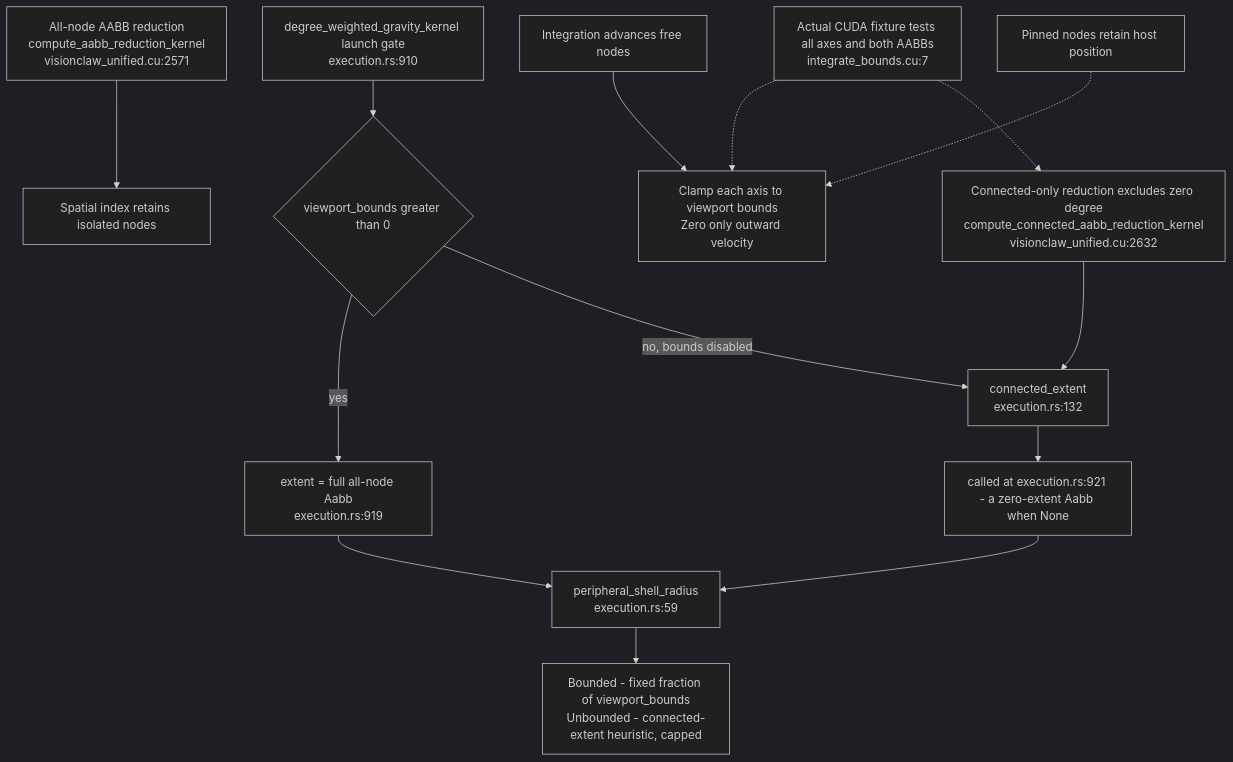
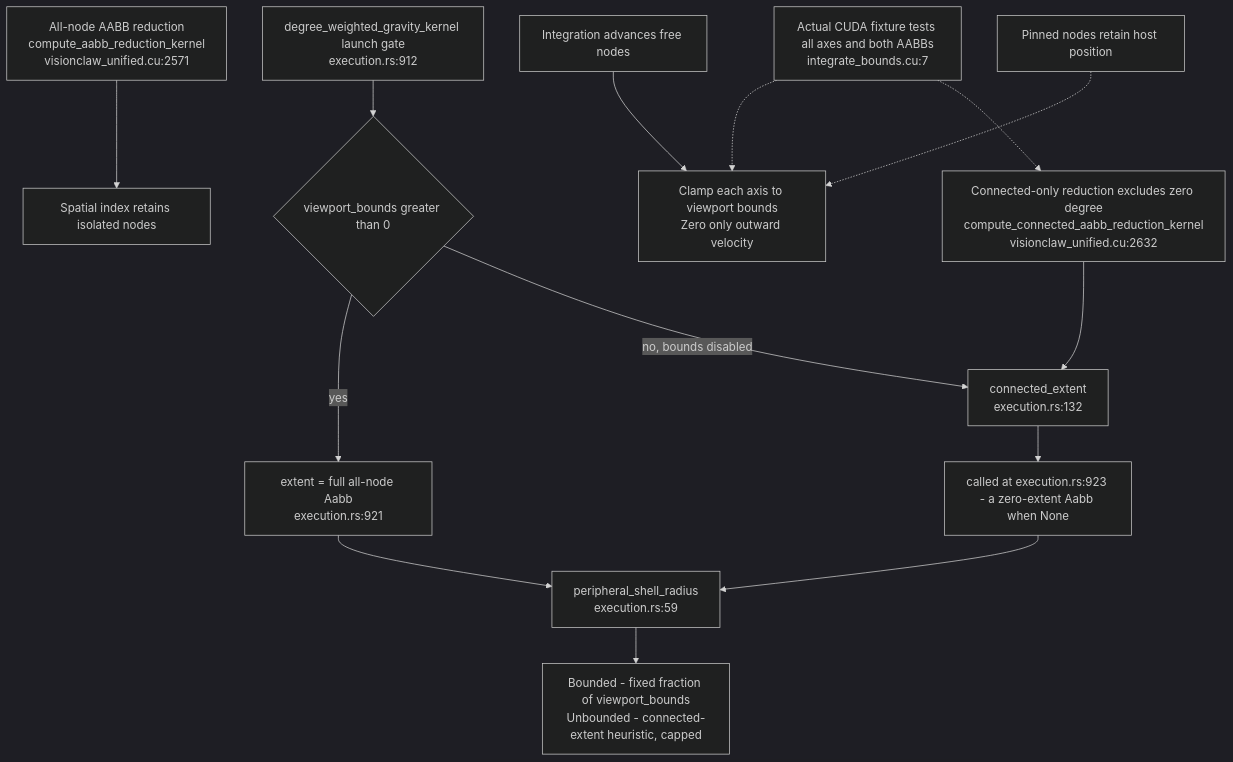
Before and after one commit to DreamLab-AI/VisionFlow: the eighth of 9 diagrams in docs/diagrams/visionclaw/11-physics-step-and-force-channels.md, drawn with Mermaid (dark theme). The commit also changed other lines of this file and 7 other files, not shown here.

First line of the commit message:
diagrams(visionclaw): re-verify VC-09..VC-16 at visionclaw 4900ec60

````diff
--- a/docs/diagrams/visionclaw/11-physics-step-and-force-channels.md
+++ b/docs/diagrams/visionclaw/11-physics-step-and-force-channels.md
@@ -342,16 +345,16 @@
 ```mermaid
 flowchart TD
     All["All-node AABB reduction<br/>compute_aabb_reduction_kernel<br/>visionclaw_unified.cu:2571"] --> Grid["Spatial index retains isolated nodes"]
     Connected["Connected-only reduction excludes zero degree<br/>compute_connected_aabb_reduction_kernel<br/>visionclaw_unified.cu:2632"] --> Extent["connected_extent<br/>execution.rs:132"]
-    Gate["degree_weighted_gravity_kernel launch gate<br/>execution.rs:910"] --> Branch{"viewport_bounds greater than 0"}
-    Branch -->|yes| Bounded["extent = full all-node Aabb<br/>execution.rs:919"]
+    Gate["degree_weighted_gravity_kernel launch gate<br/>execution.rs:912"] --> Branch{"viewport_bounds greater than 0"}
+    Branch -->|yes| Bounded["extent = full all-node Aabb<br/>execution.rs:921"]
     Branch -->|no, bounds disabled| Extent
-    Extent --> Call["called at execution.rs:921 - a zero-extent Aabb when None"]
+    Extent --> Call["called at execution.rs:923 - a zero-extent Aabb when None"]
     Bounded --> Shell["peripheral_shell_radius<br/>execution.rs:59"]
     Call --> Shell
     Shell --> ShellNote["Bounded - fixed fraction of viewport_bounds<br/>Unbounded - connected-extent heuristic, capped"]
     Force["Integration advances free nodes"] --> Clamp["Clamp each axis to viewport bounds<br/>Zero only outward velocity"]
     Pin["Pinned nodes retain host position"] -.-> Clamp
     Test["Actual CUDA fixture tests all axes and both AABBs<br/>integrate_bounds.cu:7"] -.-> Clamp
     Test -.-> Connected
 ```
````
